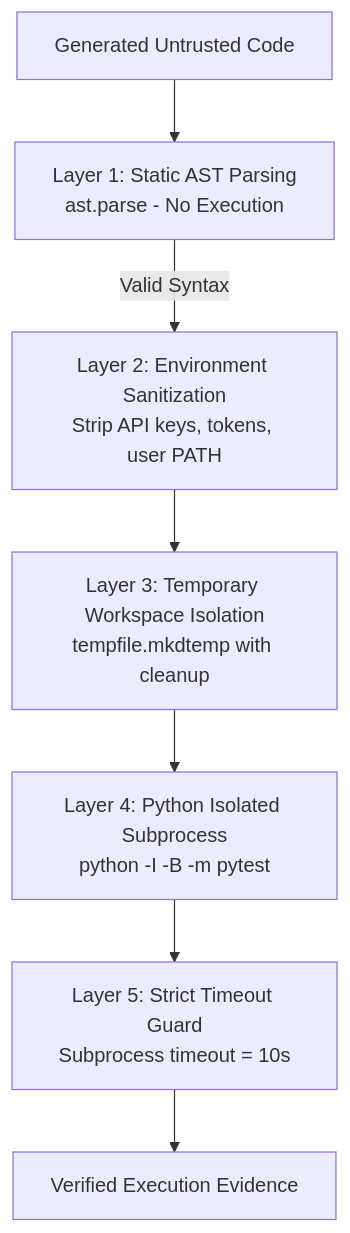
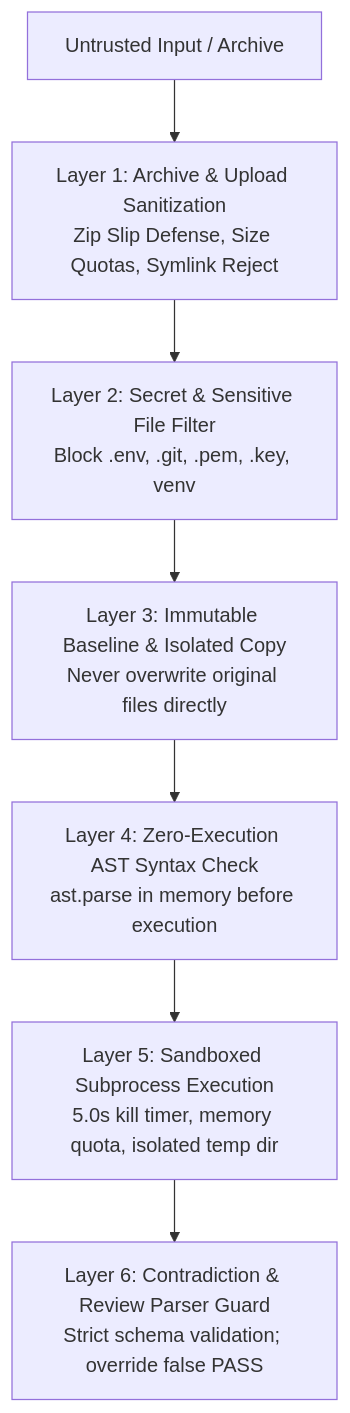
One commit to Amanvarma2231/OpenReviewAI changed the diagram in docs/SECURITY.md. Above: the diagram before and after it, drawn with Mermaid. The commit also changed other lines of this file and 17 other files, not shown here.

Commit message:
feat: implement LangGraph StateGraph multi-agent orchestration, evidence validation, safe project workspaces, and production documentation

````diff
--- a/docs/SECURITY.md
+++ b/docs/SECURITY.md
@@ -17,9 +19,9 @@
 ```mermaid
 graph TD
-    Code[Generated Untrusted Code] --> Layer1[Layer 1: Static AST Parsing\nast.parse - No Execution]
-    Layer1 -->|Valid Syntax| Layer2[Layer 2: Environment Sanitization\nStrip API keys, tokens, user PATH]
-    Layer2 --> Layer3[Layer 3: Temporary Workspace Isolation\ntempfile.mkdtemp with cleanup]
-    Layer3 --> Layer4[Layer 4: Python Isolated Subprocess\npython -I -B -m pytest]
-    Layer4 --> Layer5[Layer 5: Strict Timeout Guard\nSubprocess timeout = 10s]
-    Layer5 --> Output[Verified Execution Evidence]
+    Input[Untrusted Input / Archive] --> L1[Layer 1: Archive & Upload Sanitization\nZip Slip Defense, Size Quotas, Symlink Reject]
+    L1 --> L2[Layer 2: Secret & Sensitive File Filter\nBlock .env, .git, .pem, .key, venv]
+    L2 --> L3[Layer 3: Immutable Baseline & Isolated Copy\nNever overwrite original files directly]
+    L3 --> L4[Layer 4: Zero-Execution AST Syntax Check\nast.parse in memory before execution]
+    L4 --> L5[Layer 5: Sandboxed Subprocess Execution\n5.0s kill timer, memory quota, isolated temp dir]
+    L5 --> L6[Layer 6: Contradiction & Review Parser Guard\nStrict schema validation; override false PASS]
 ```
````
